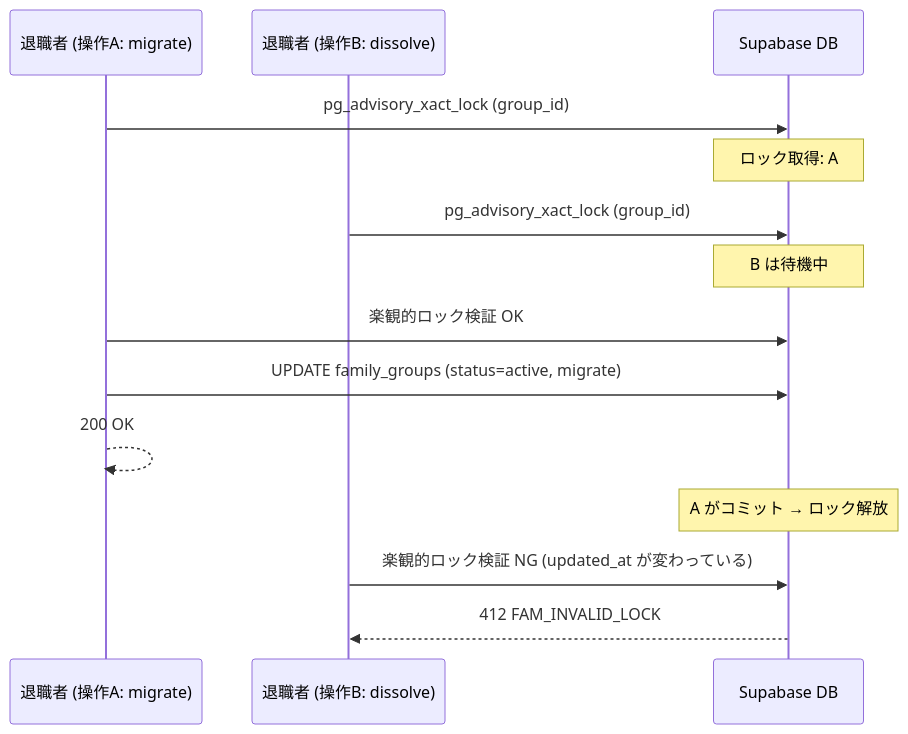
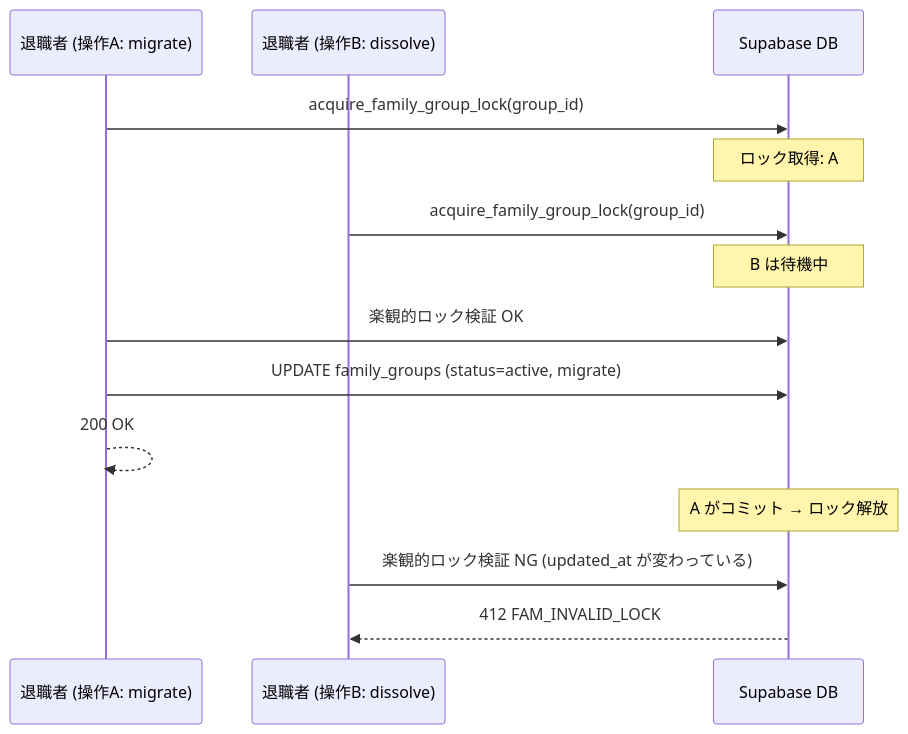
One commit to DaisukeHori/homegohan-app changed the first of 4 diagrams in docs/design/family/07-lifecycle.md. Above: the diagram before and after it, drawn with Mermaid. The commit also changed other lines of this file and 7 other files, not shown here.

````diff
--- a/docs/design/family/07-lifecycle.md
+++ b/docs/design/family/07-lifecycle.md
@@ -113,19 +113,19 @@
 ```mermaid
 sequenceDiagram
   participant A as 退職者 (操作A: migrate)
   participant B as 退職者 (操作B: dissolve)
   participant DB as Supabase DB
 
-  A->>DB: pg_advisory_xact_lock (group_id)
+  A->>DB: acquire_family_group_lock(group_id)
   Note over DB: ロック取得: A
-  B->>DB: pg_advisory_xact_lock (group_id)
+  B->>DB: acquire_family_group_lock(group_id)
   Note over DB: B は待機中
 
   A->>DB: 楽観的ロック検証 OK
   A->>DB: UPDATE family_groups (status=active, migrate)
   A-->>A: 200 OK
   Note over DB: A がコミット → ロック解放
 
   B->>DB: 楽観的ロック検証 NG (updated_at が変わっている)
   DB-->>B: 412 FAM_INVALID_LOCK
 ```
````
